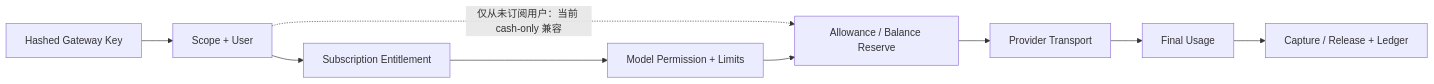
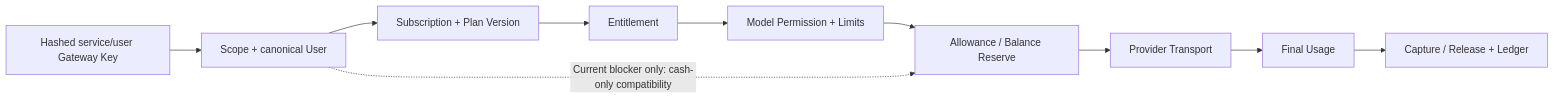
The diagram in docs/prd/modules/05-gateway.md (glide-the/dream-im-platform), drawn with Mermaid before and after one commit. The commit also changed other lines of this file and 33 other files, not shown here.

````diff
--- a/docs/prd/modules/05-gateway.md
+++ b/docs/prd/modules/05-gateway.md
@@ -23,11 +33,11 @@
 ```mermaid
 flowchart LR
-  K["Hashed Gateway Key"] --> Q["Scope + User"]
-  Q --> E["Subscription Entitlement"]
-  Q -. "仅从未订阅用户：当前 cash-only 兼容" .-> B
+  K["Hashed service/user Gateway Key"] --> Q["Scope + canonical User"]
+  Q --> S["Subscription + Plan Version"] --> E["Entitlement"]
   E --> M["Model Permission + Limits"]
   M --> B["Allowance / Balance Reserve"]
   B --> P["Provider Transport"]
   P --> U["Final Usage"]
   U --> C["Capture / Release + Ledger"]
+  Q -. "Current blocker only: cash-only compatibility" .-> B
 ```
````
